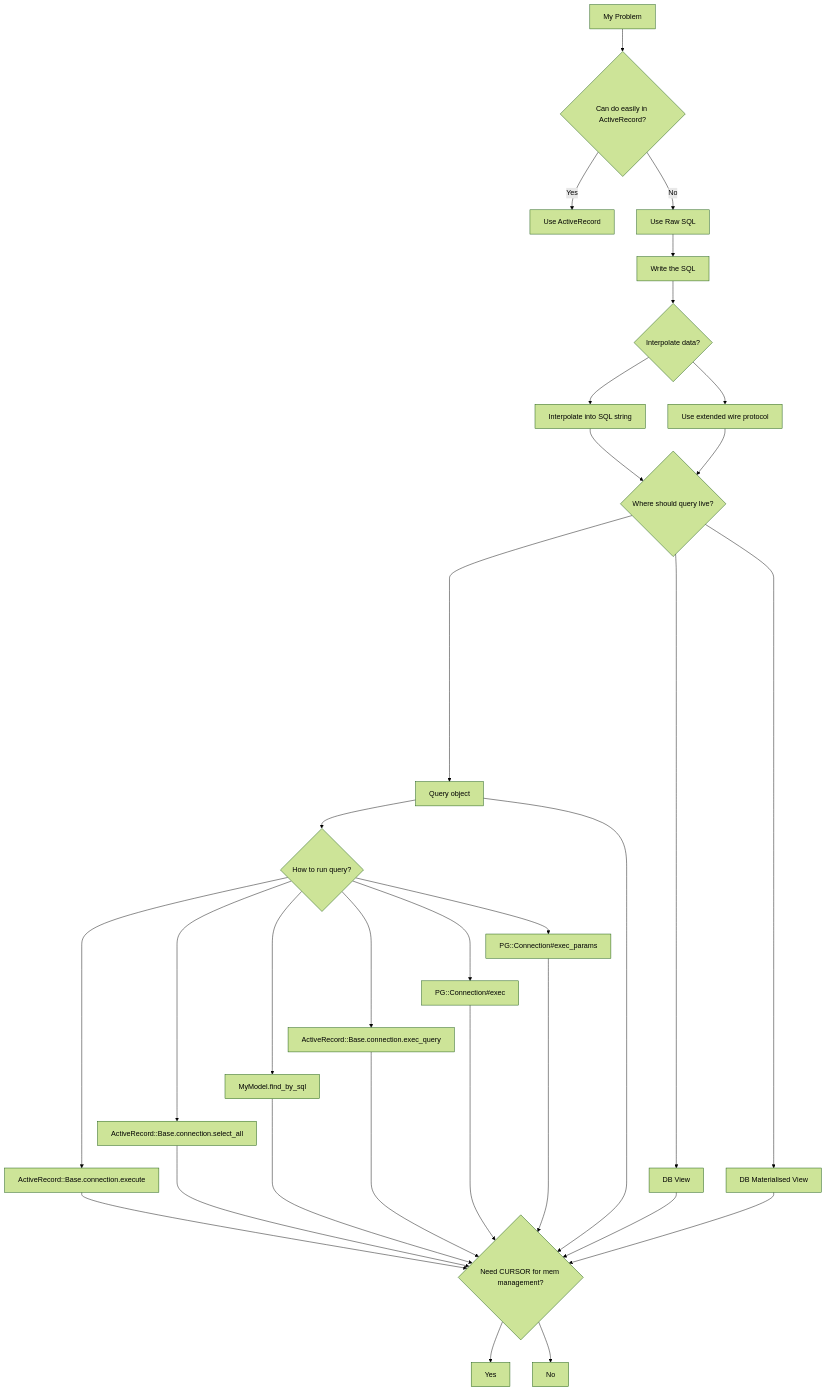
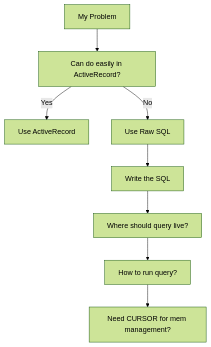
The first of 3 diagrams in rails/raw-sql/index.md (eoinkelly/notes), drawn with Mermaid (forest theme) before and after one commit. The commit also changed other lines of this file, not shown here.

Commit message:
More work on raw SQL in Rails

````diff
--- a/rails/raw-sql/index.md
+++ b/rails/raw-sql/index.md
@@ -84,43 +69,19 @@
 ```mermaid
 graph TD
-    A[My Problem] --> B{Can do easily in ActiveRecord?}
-    B -->|Yes| C[Use ActiveRecord]
-    B -->|No| D[Use Raw SQL]
-    D --> E[Write the SQL]
-    E --> F{Interpolate data?}
-    F --> G[Interpolate into SQL string]
-    F --> H[Use extended wire protocol]
-    G --> I{Where should query live?}
-    H --> I
-    I -----------> J[Query object]
-    I --> K[DB View]
-    I --> L[DB Materialised View]
+    A[My Problem]
+    B[Can do easily in ActiveRecord?]
+    I[Where should query live?]
+    C[Use ActiveRecord]
+    D[Use Raw SQL]
+    E[Write the SQL]
+    M[Need CURSOR for mem management?]
+    P[How to run query?]
 
-    P{How to run query?}
-    PA[ActiveRecord::Base.connection.execute]
-    PB[ActiveRecord::Base.connection.select_all]
-    PC[ MyModel.find_by_sql]
-    PD[ActiveRecord::Base.connection.exec_query]
-    PE[PG::Connection#exec]
-    PF[PG::Connection#exec_params]
-    J --> P
-    P --> PA
-    P --> PB
-    P --> PC
-    P --> PD
-    P --> PE
-    P --> PF
-    PA --> M
-    PB ---> M
-    PC ----> M
-    PD -----> M
-    PE ------> M
-    PF -------> M
-
-    M{Need CURSOR for mem management?}
-    J --> M
-    K --> M
-    L --> M
-    M --> N[Yes]
-    M --> O[No]
+    A --> B
+    B -->|Yes| C
+    B -->|No| D
+    D --> E
+    E --> I
+    I --> P
+    P --> M
 ```
````
